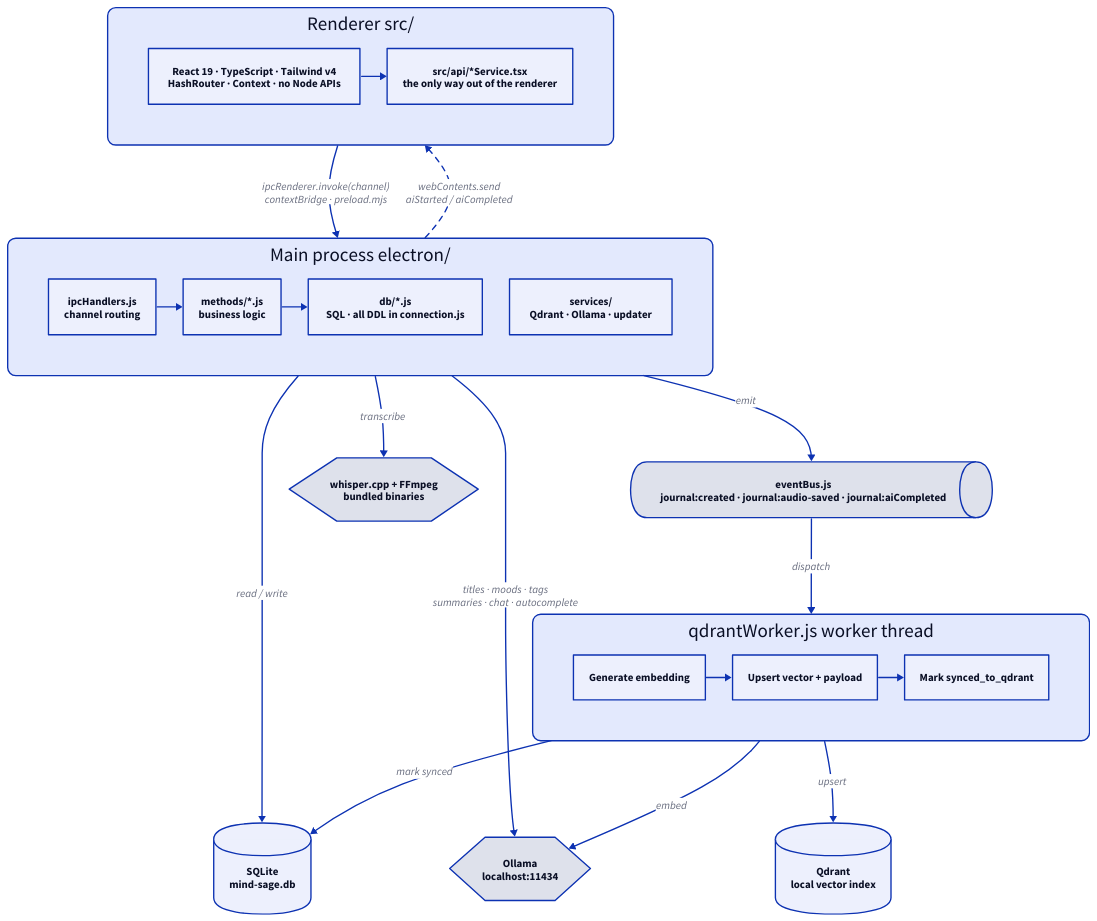
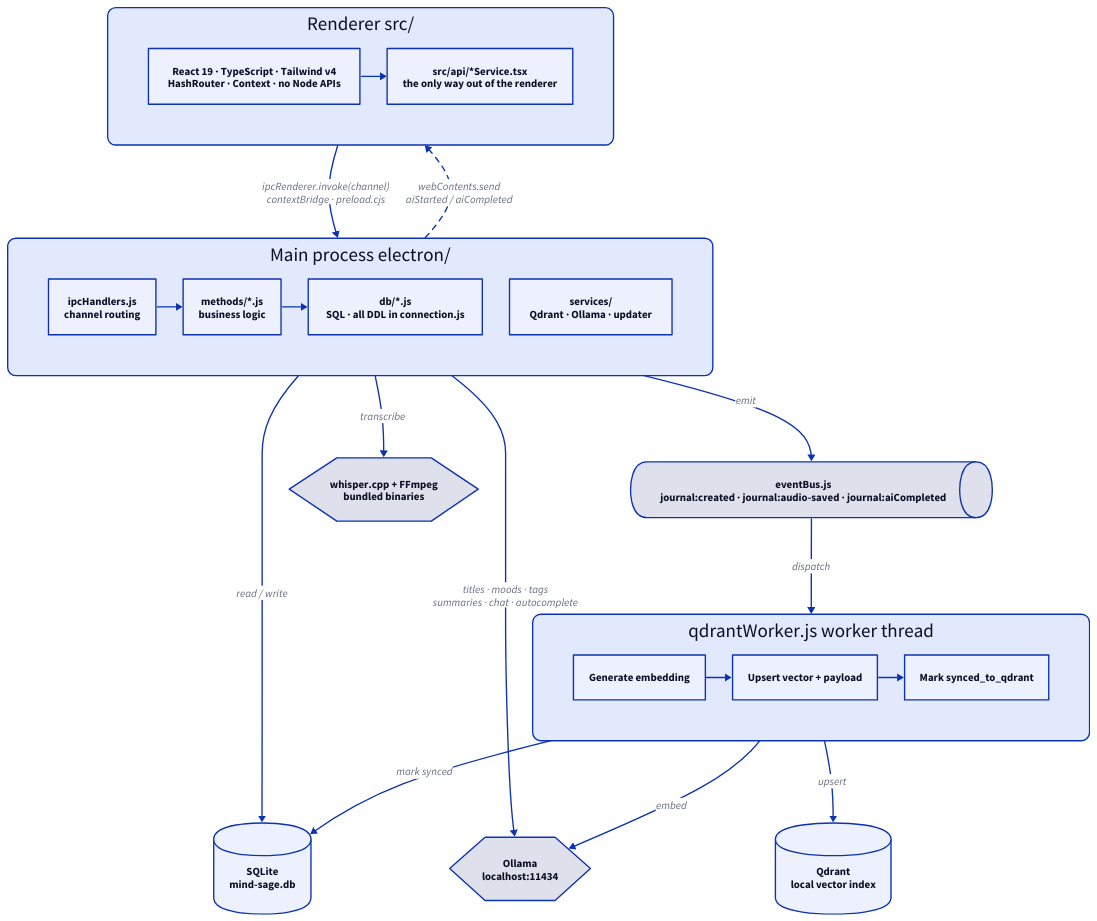
One commit to Arinaymaybhaskar/MindSage_desktop_app changed the diagram in assets/diagrams/src/architecture.d2. Above: the diagram before and after it, drawn with D2. The commit also changed 9 other files, not shown here.

```diff
--- a/assets/diagrams/src/architecture.d2
+++ b/assets/diagrams/src/architecture.d2
@@ -1,82 +1,82 @@
 # MindSage system architecture
 # Render: see assets/diagrams/README.md
 #
 # Layout note: edges here connect containers, not their children. D2 falls back
 # to a horizontal arrangement when an edge crosses into a nested child, which
 # turns this diagram into one very wide row.
 
 direction: down
 
 renderer: "Renderer   src/" {
   grid-columns: 2
   style.stroke-width: 2
   style.border-radius: 12
 
   ui: "React 19 · TypeScript · Tailwind v4\nHashRouter · Context · no Node APIs"
   api: "src/api/*Service.tsx\nthe only way out of the renderer"
 
   ui -> api
 }
 
 main: "Main process   electron/" {
   grid-columns: 4
   style.stroke-width: 2
   style.border-radius: 12
 
   handlers: "ipcHandlers.js\nchannel routing"
   methods: "methods/*.js\nbusiness logic"
   data: "db/*.js\nSQL · all DDL in connection.js"
   services: "services/\nQdrant · Ollama · updater"
 
   handlers -> methods -> data
 }
 
 bus: "eventBus.js\njournal:created · journal:audio-saved · journal:aiCompleted" {
   shape: queue
   style.stroke-width: 2
 }
 
 worker: "qdrantWorker.js   worker thread" {
   grid-columns: 3
   style.stroke-width: 2
   style.border-radius: 12
 
   embed: "Generate embedding"
   upsert: "Upsert vector + payload"
   mark: "Mark synced_to_qdrant"
 
   embed -> upsert -> mark
 }
 
 sqlite: "SQLite\nmind-sage.db" {
   shape: cylinder
   style.stroke-width: 2
 }
 
 qdrant: "Qdrant\nlocal vector index" {
   shape: cylinder
   style.stroke-width: 2
 }
 
 ollama: "Ollama\nlocalhost:11434" {
   shape: hexagon
   style.stroke-width: 2
 }
 
 whisper: "whisper.cpp + FFmpeg\nbundled binaries" {
   shape: hexagon
   style.stroke-width: 2
 }
 
-renderer -> main: "ipcRenderer.invoke(channel)\ncontextBridge · preload.mjs"
+renderer -> main: "ipcRenderer.invoke(channel)\ncontextBridge · preload.cjs"
 main -> sqlite: "read / write"
 main -> whisper: "transcribe"
 main -> ollama: "titles · moods · tags\nsummaries · chat · autocomplete"
 main -> bus: "emit"
 bus -> worker: "dispatch"
 worker -> ollama: "embed"
 worker -> qdrant: "upsert"
 worker -> sqlite: "mark synced"
 main -> renderer: "webContents.send\naiStarted / aiCompleted" {
   style.stroke-dash: 4
 }
```
